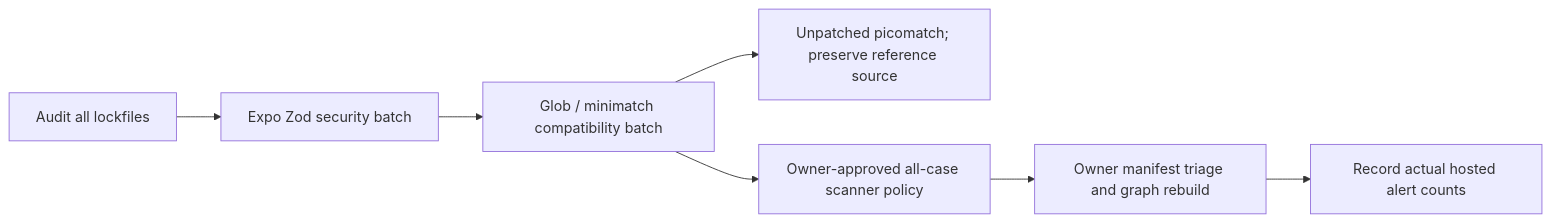
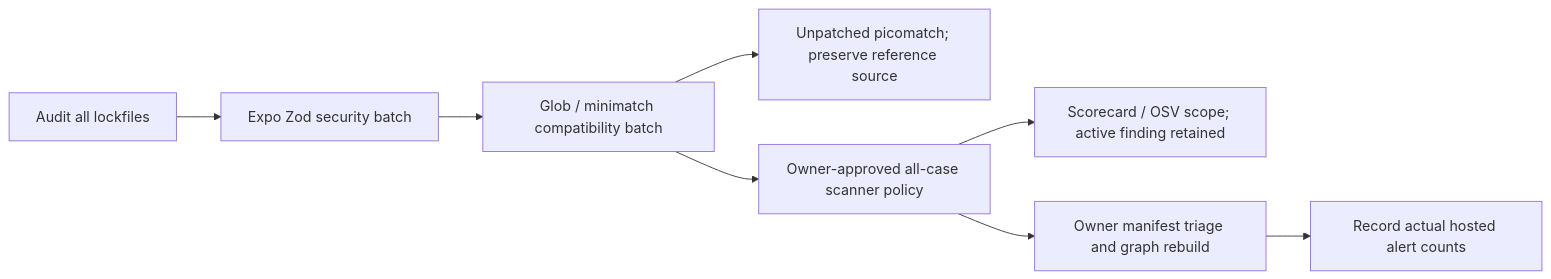
Before and after one commit to Resnovas/Eventiva: the fourth of 21 diagrams in docs/planning/timeline.md, drawn with Mermaid. The commit also changed other lines of this file and 8 other files, not shown here.

First line of the commit message:
fix(security): scope scanner paths without hiding active findings (EVE-265)

````diff
--- a/docs/planning/timeline.md
+++ b/docs/planning/timeline.md
@@ -88,9 +89,10 @@
 ```mermaid
 flowchart LR
     Inventory["Audit all lockfiles"] --> Zod["Expo Zod security batch"]
     Zod --> Matchers["Glob / minimatch compatibility batch"]
     Matchers --> Residual["Unpatched picomatch; preserve reference source"]
     Matchers --> Policy["Owner-approved all-case scanner policy"]
+    Policy --> OSV["Scorecard / OSV scope; active finding retained"]
     Policy --> Triage["Owner manifest triage and graph rebuild"]
     Triage --> Count["Record actual hosted alert counts"]
 ```
````
